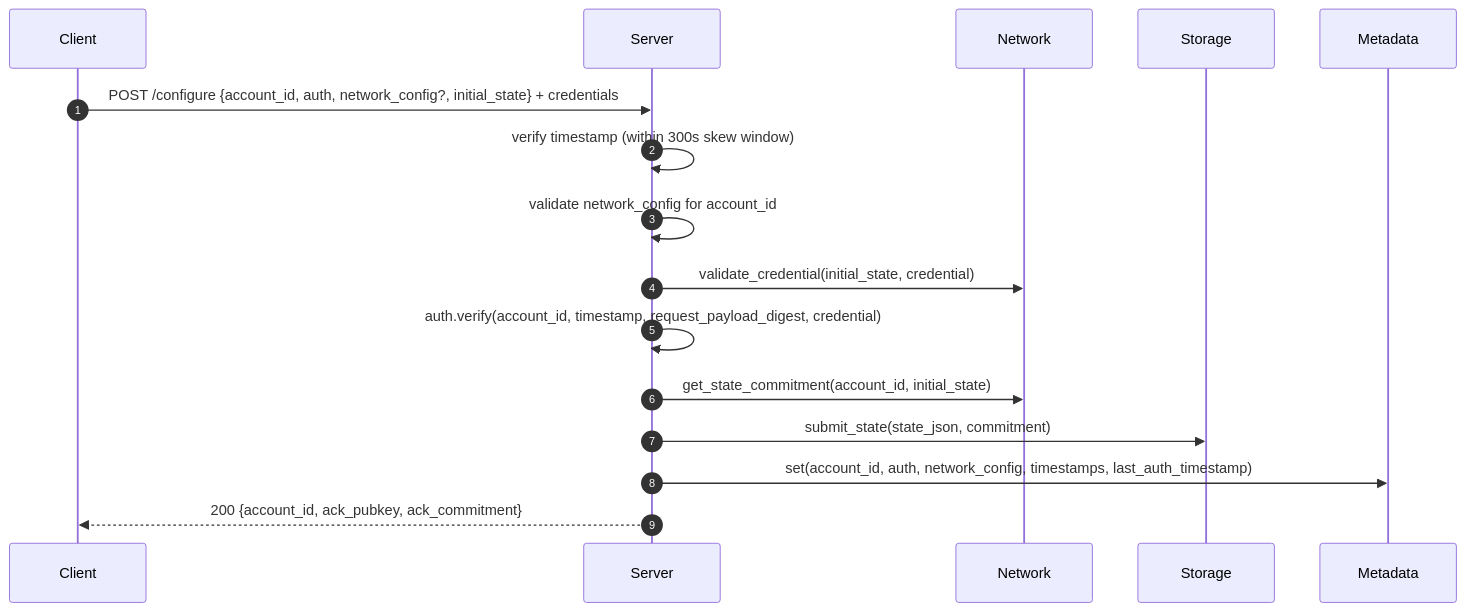
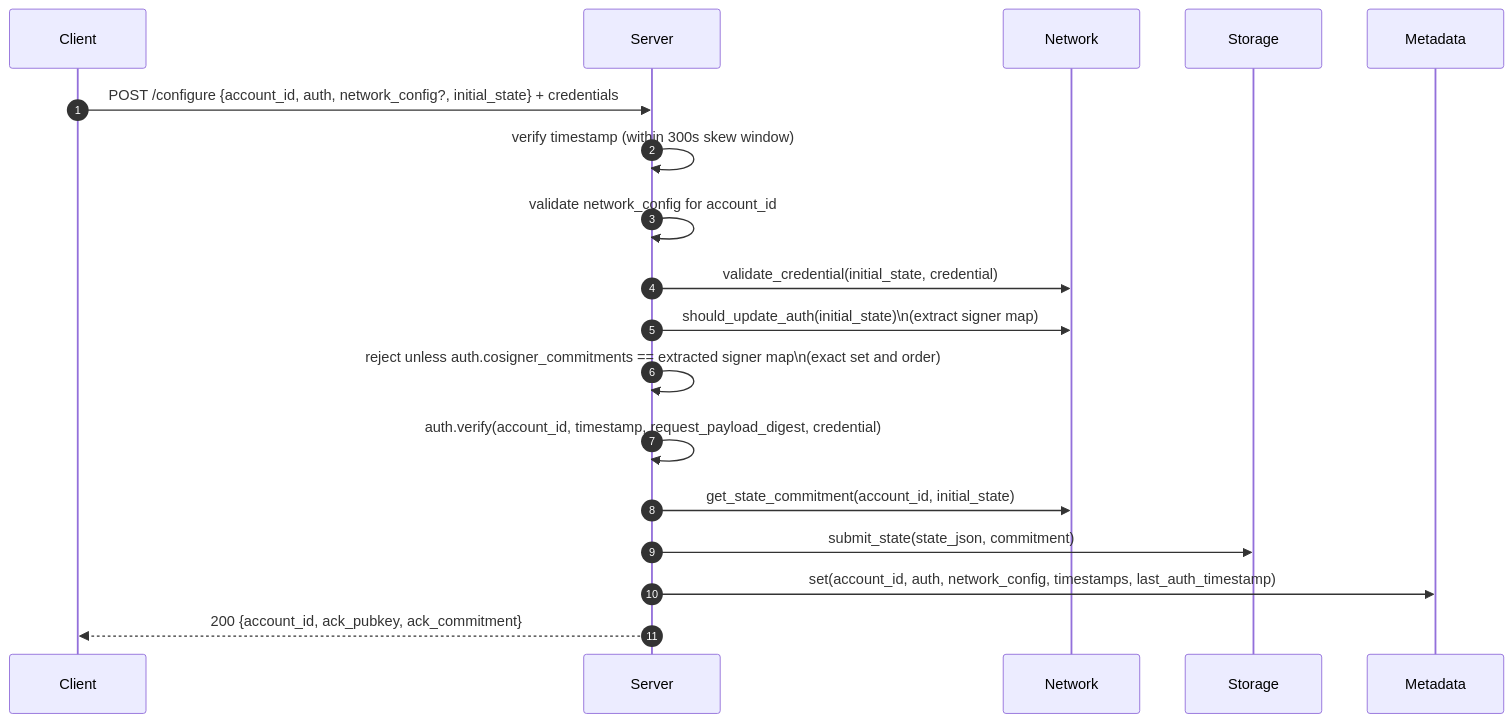
One commit to OpenZeppelin/guardian changed the first of 10 diagrams in spec/processes.md. Above: the diagram before and after it, drawn with Mermaid. The commit also changed other lines of this file and 5 other files, not shown here.

First line of the commit message:
fix(server): validate cosigner_commitments against initial account state (#380)

````diff
--- a/spec/processes.md
+++ b/spec/processes.md
@@ -19,18 +19,20 @@
 ```mermaid
 sequenceDiagram
   autonumber
   participant C as Client
   participant S as Server
   participant N as Network
   participant ST as Storage
   participant M as Metadata
   C->>S: POST /configure {account_id, auth, network_config?, initial_state} + credentials
   S->>S: verify timestamp (within 300s skew window)
   S->>S: validate network_config for account_id
   S->>N: validate_credential(initial_state, credential)
+  S->>N: should_update_auth(initial_state)\n(extract signer map)
+  S->>S: reject unless auth.cosigner_commitments == extracted signer map\n(exact set and order)
   S->>S: auth.verify(account_id, timestamp, request_payload_digest, credential)
   S->>N: get_state_commitment(account_id, initial_state)
   S->>ST: submit_state(state_json, commitment)
   S->>M: set(account_id, auth, network_config, timestamps, last_auth_timestamp)
   S-->>C: 200 {account_id, ack_pubkey, ack_commitment}
 ```
````
